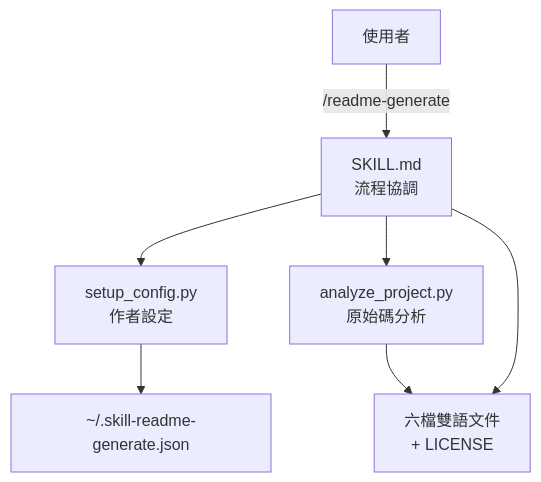
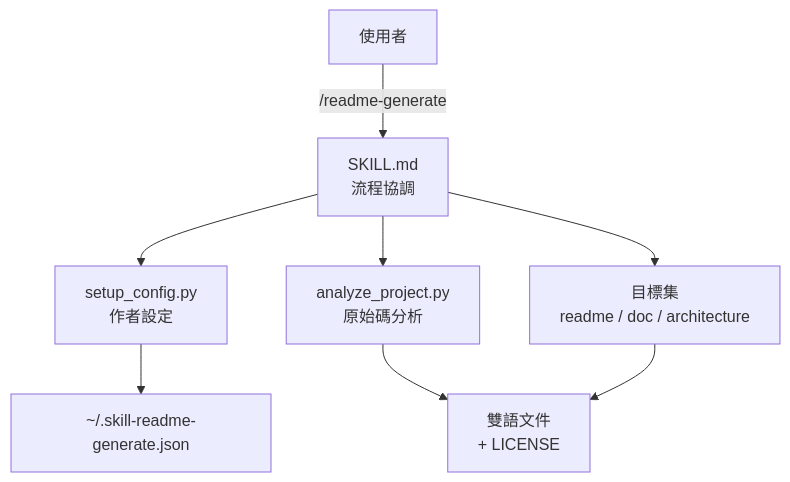
Before and after one commit to agenvoy/skill-readme-generate: the diagram in doc/README.zh.md, drawn with Mermaid. The commit also changed other lines of this file and 8 other files, not shown here.

````diff
--- a/doc/README.zh.md
+++ b/doc/README.zh.md
@@ -39,9 +39,10 @@
 ```mermaid
 graph TB
     User[使用者] -->|/readme-generate| SKILL[SKILL.md<br/>流程協調]
     SKILL --> Config[setup_config.py<br/>作者設定]
     SKILL --> Analyze[analyze_project.py<br/>原始碼分析]
     Config --> JSON[~/.skill-readme-generate.json]
-    Analyze --> Output[六檔雙語文件<br/>+ LICENSE]
-    SKILL --> Output
+    SKILL --> Target[目標集<br/>readme / doc / architecture]
+    Analyze --> Output[雙語文件<br/>+ LICENSE]
+    Target --> Output
 ```
````
